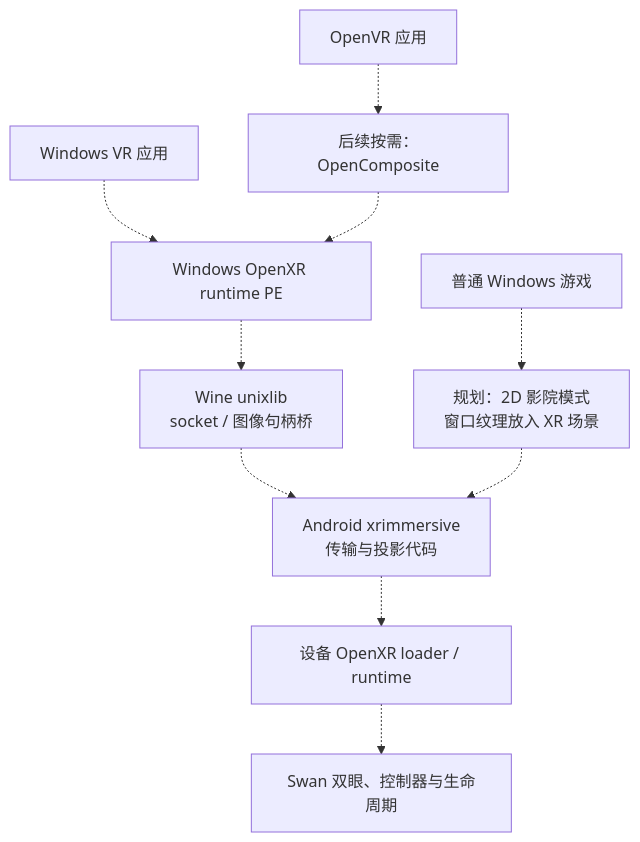
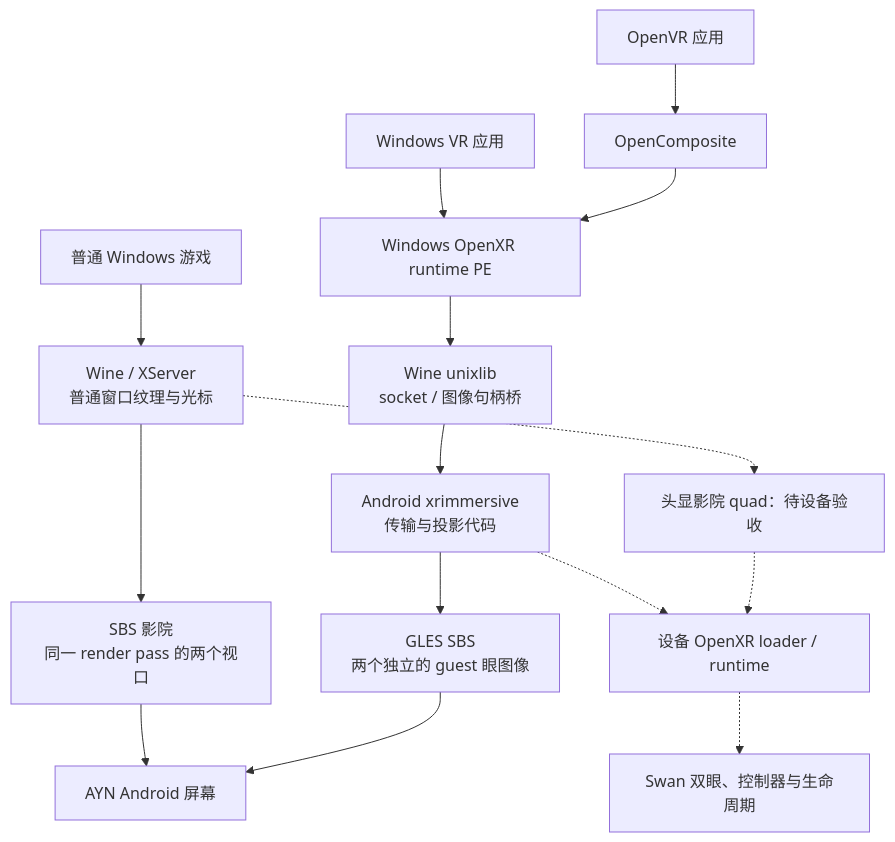
Diagram 18 of 18 in docs/architecture/xrgame-native-system-design.md (tencentmalos/xrgame-native), drawn with Mermaid before and after one commit. The commit also changed other lines of this file and 66 other files, not shown here.

First line of the commit message:
picoXr: add SBS theater, bounded profiling and AI LIMIT render ahead

````diff
--- a/docs/architecture/xrgame-native-system-design.md
+++ b/docs/architecture/xrgame-native-system-design.md
@@ -638,12 +638,17 @@
 ```mermaid
 flowchart TB
-    Flat["普通 Windows 游戏"] -.-> Theater["规划：2D 影院模式<br/>窗口纹理放入 XR 场景"]
-    VR["Windows VR 应用"] -.-> WinXR["Windows OpenXR runtime PE"]
-    OpenVR["OpenVR 应用"] -.-> OC["后续按需：OpenComposite"]
-    OC -.-> WinXR
-    WinXR -.-> Unix["Wine unixlib<br/>socket / 图像句柄桥"]
-    Unix -.-> HostXR["Android xrimmersive<br/>传输与投影代码"]
-    Theater -.-> HostXR
+    Flat["普通 Windows 游戏"] --> X["Wine / XServer<br/>普通窗口纹理与光标"]
+    X --> Theater["SBS 影院<br/>同一 render pass 的两个视口"]
+    Theater --> AYN["AYN Android 屏幕"]
+    VR["Windows VR 应用"] --> WinXR["Windows OpenXR runtime PE"]
+    OpenVR["OpenVR 应用"] --> OC["OpenComposite"]
+    OC --> WinXR
+    WinXR --> Unix["Wine unixlib<br/>socket / 图像句柄桥"]
+    Unix --> HostXR["Android xrimmersive<br/>传输与投影代码"]
+    HostXR --> SBS["GLES SBS<br/>两个独立的 guest 眼图像"]
+    SBS --> AYN
     HostXR -.-> Loader["设备 OpenXR loader / runtime"]
+    X -.-> Quad["头显影院 quad：待设备验收"]
+    Quad -.-> Loader
     Loader -.-> Swan["Swan 双眼、控制器与生命周期"]
 ```
````
